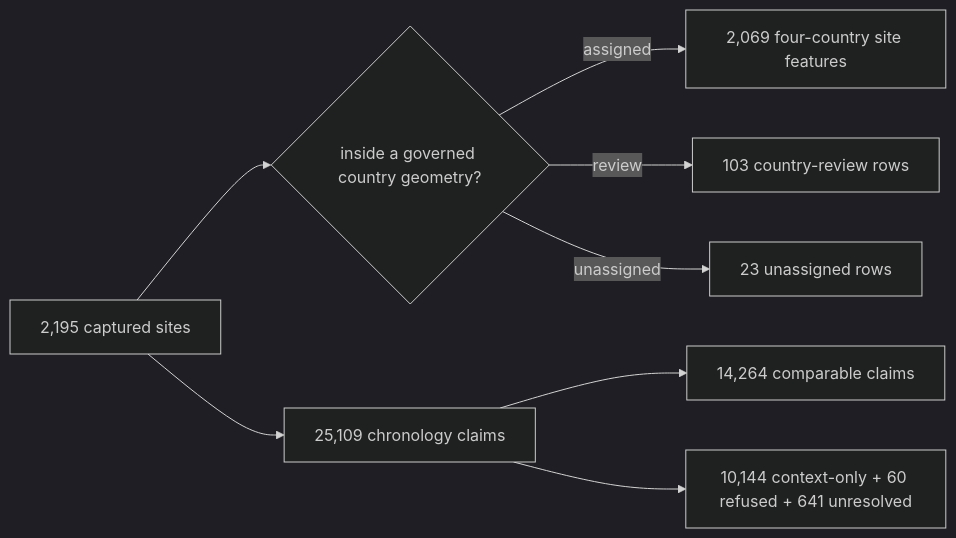
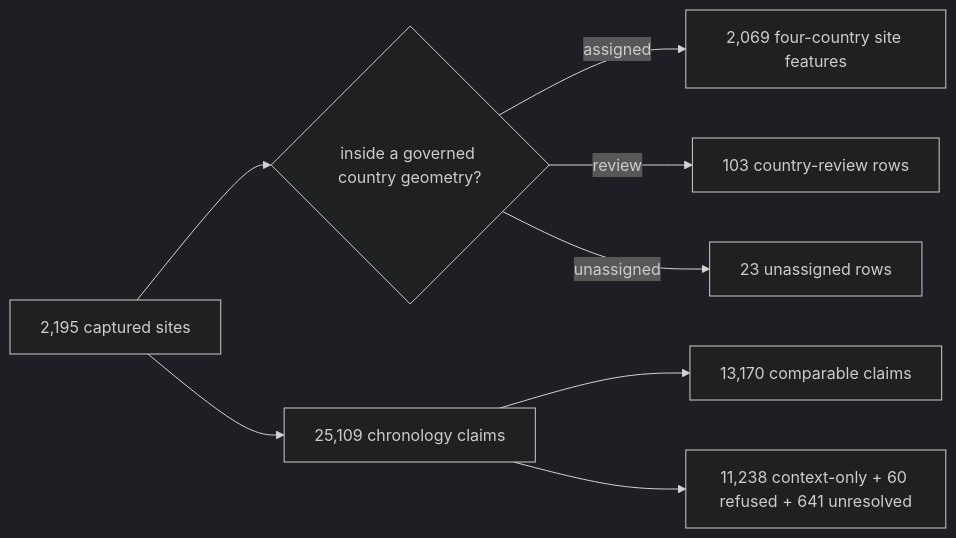
Before and after one commit to bijux/bijux-pollenomics: the third of 3 diagrams in docs/public/pollenomics-data/sources/sead.md, drawn with Mermaid (dark theme). The commit also changed other lines of this file and 11 other files, not shown here.

````diff
--- a/docs/public/pollenomics-data/sources/sead.md
+++ b/docs/public/pollenomics-data/sources/sead.md
@@ -188,10 +188,10 @@
 ```mermaid
 flowchart LR
     Capture["2,195 captured sites"] --> Coordinate{"inside a governed country geometry?"}
     Coordinate -->|assigned| Map["2,069 four-country site features"]
     Coordinate -->|review| Review["103 country-review rows"]
     Coordinate -->|unassigned| Retained["23 unassigned rows"]
     Capture --> Chronology["25,109 chronology claims"]
-    Chronology --> Comparable["14,264 comparable claims"]
-    Chronology --> Ineligible["10,144 context-only + 60 refused + 641 unresolved"]
+    Chronology --> Comparable["13,170 comparable claims"]
+    Chronology --> Ineligible["11,238 context-only + 60 refused + 641 unresolved"]
 ```
````
